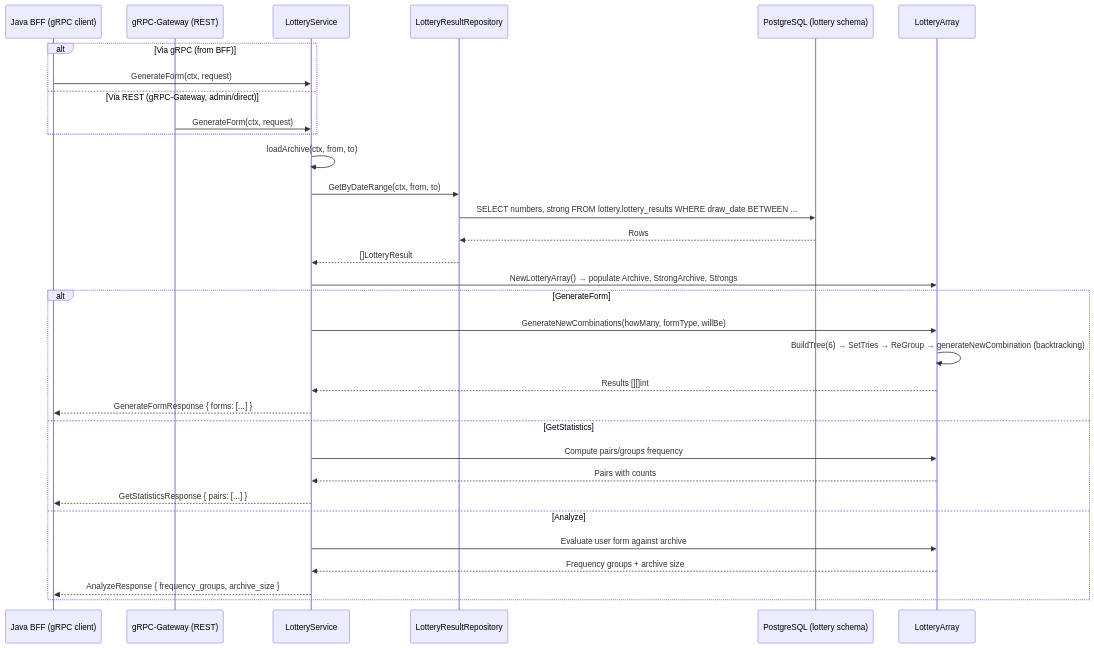
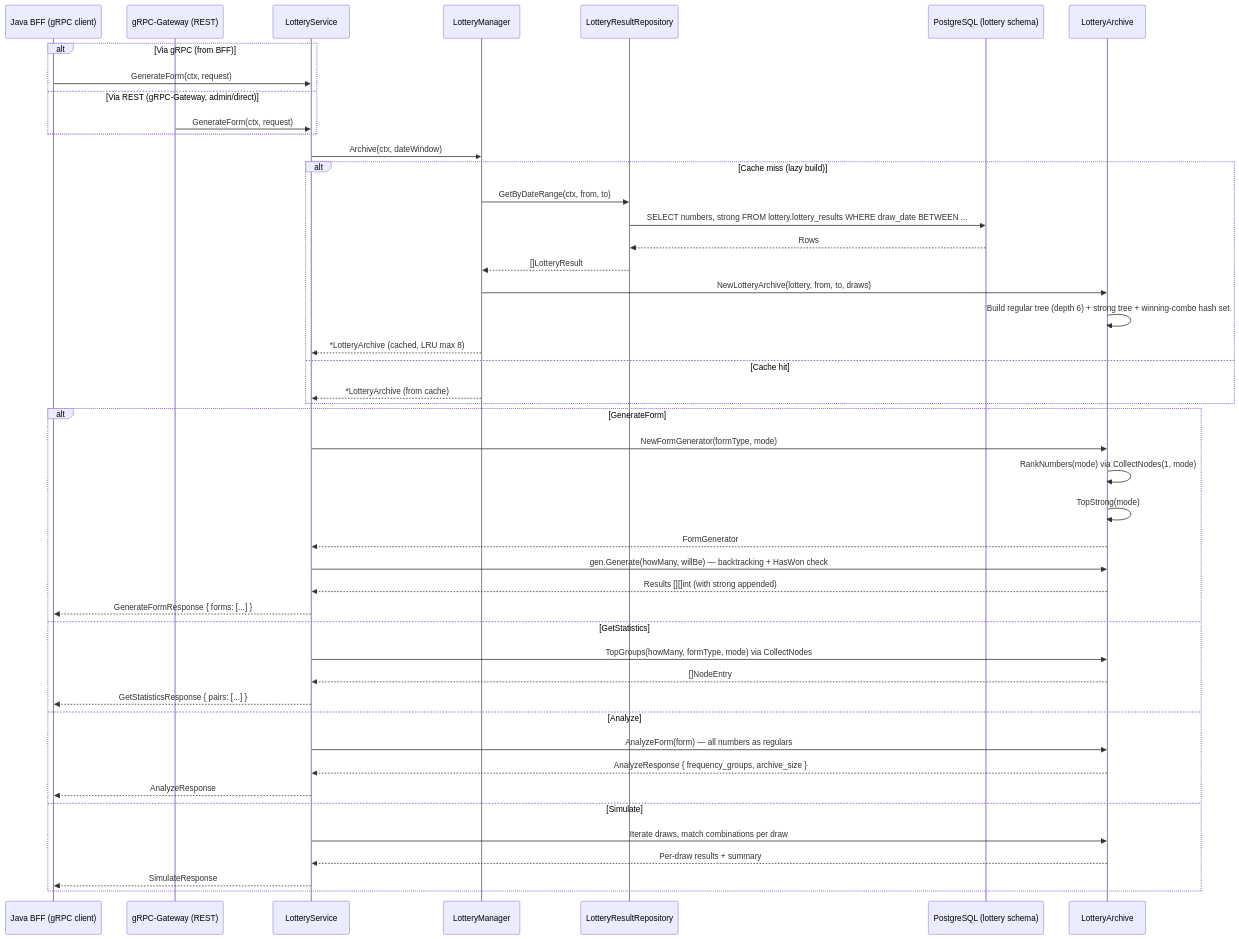
The first of 9 diagrams in docs/FLOWS.md (lihai1/stat-tree-server), drawn with Mermaid before and after one commit. The commit also changed other lines of this file and 7 other files, not shown here.

First line of the commit message:
fix: gofmt struct alignment, import order, and strong-tree comment

````diff
--- a/docs/FLOWS.md
+++ b/docs/FLOWS.md
@@ -9,37 +9,51 @@
 ```mermaid
 sequenceDiagram
     participant BFF as Java BFF (gRPC client)
     participant GW as gRPC-Gateway (REST)
     participant SVC as LotteryService
+    participant MGR as LotteryManager
     participant REPO as LotteryResultRepository
     participant DB as PostgreSQL (lottery schema)
-    participant LA as LotteryArray
+    participant ARCH as LotteryArchive
 
     alt Via gRPC (from BFF)
         BFF->>SVC: GenerateForm(ctx, request)
     else Via REST (gRPC-Gateway, admin/direct)
         GW->>SVC: GenerateForm(ctx, request)
     end
 
-    SVC->>SVC: loadArchive(ctx, from, to)
-    SVC->>REPO: GetByDateRange(ctx, from, to)
-    REPO->>DB: SELECT numbers, strong FROM lottery.lottery_results WHERE draw_date BETWEEN ...
-    DB-->>REPO: Rows
-    REPO-->>SVC: []LotteryResult
-    SVC->>LA: NewLotteryArray() → populate Archive, StrongArchive, Strongs
+    SVC->>MGR: Archive(ctx, dateWindow)
+    alt Cache miss (lazy build)
+        MGR->>REPO: GetByDateRange(ctx, from, to)
+        REPO->>DB: SELECT numbers, strong FROM lottery.lottery_results WHERE draw_date BETWEEN ...
+        DB-->>REPO: Rows
+        REPO-->>MGR: []LotteryResult
+        MGR->>ARCH: NewLotteryArchive(lottery, from, to, draws)
+        ARCH->>ARCH: Build regular tree (depth 6) + strong tree + winning-combo hash set
+        MGR-->>SVC: *LotteryArchive (cached, LRU max 8)
+    else Cache hit
+        MGR-->>SVC: *LotteryArchive (from cache)
+    end
 
     alt GenerateForm
-        SVC->>LA: GenerateNewCombinations(howMany, formType, willBe)
-        LA->>LA: BuildTree(6) → SetTries → ReGroup → generateNewCombination (backtracking)
-        LA-->>SVC: Results [][]int
+        SVC->>ARCH: NewFormGenerator(formType, mode)
+        ARCH->>ARCH: RankNumbers(mode) via CollectNodes(1, mode)
+        ARCH->>ARCH: TopStrong(mode)
+        ARCH-->>SVC: FormGenerator
+        SVC->>ARCH: gen.Generate(howMany, willBe) — backtracking + HasWon check
+        ARCH-->>SVC: Results [][]int (with strong appended)
         SVC-->>BFF: GenerateFormResponse { forms: [...] }
     else GetStatistics
-        SVC->>LA: Compute pairs/groups frequency
-        LA-->>SVC: Pairs with counts
+        SVC->>ARCH: TopGroups(howMany, formType, mode) via CollectNodes
+        ARCH-->>SVC: []NodeEntry
         SVC-->>BFF: GetStatisticsResponse { pairs: [...] }
     else Analyze
-        SVC->>LA: Evaluate user form against archive
-        LA-->>SVC: Frequency groups + archive size
-        SVC-->>BFF: AnalyzeResponse { frequency_groups, archive_size }
+        SVC->>ARCH: AnalyzeForm(form) — all numbers as regulars
+        ARCH-->>SVC: AnalyzeResponse { frequency_groups, archive_size }
+        SVC-->>BFF: AnalyzeResponse
+    else Simulate
+        SVC->>ARCH: Iterate draws, match combinations per draw
+        ARCH-->>SVC: Per-draw results + summary
+        SVC-->>BFF: SimulateResponse
     end
 ```
````
